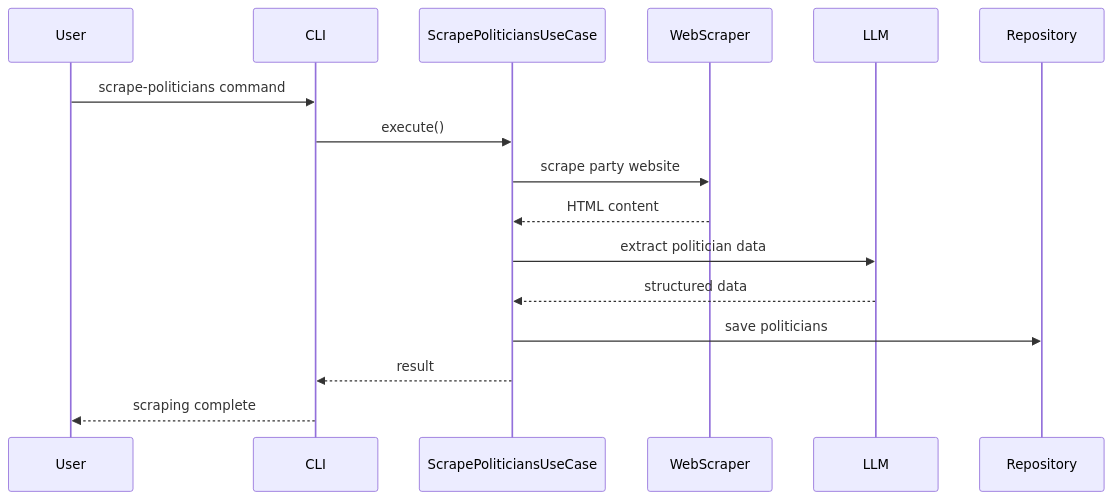
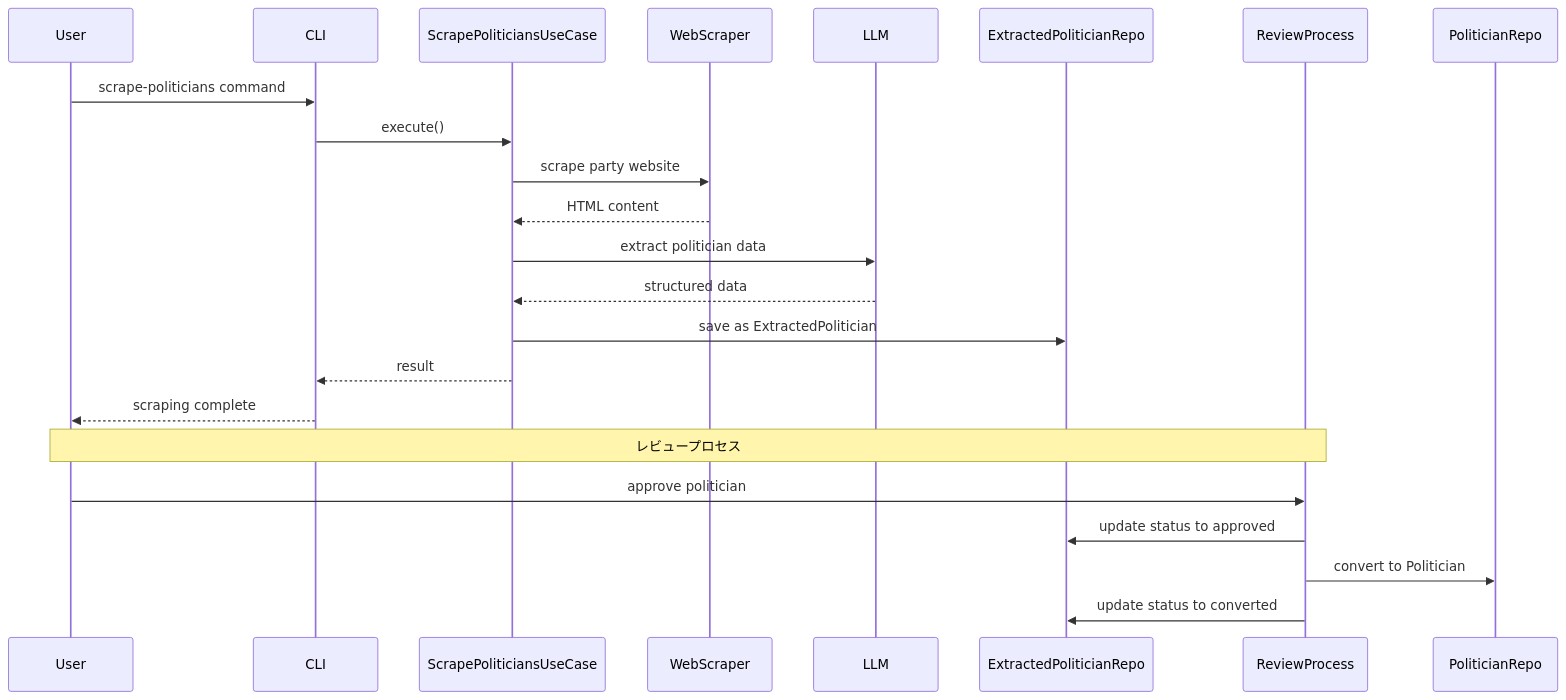
Before and after one commit to trust-chain-organization/polibase: the third of 4 diagrams in docs/ARCHITECTURE.md, drawn with Mermaid. The commit also changed other lines of this file and 13 other files, not shown here.

````diff
--- a/docs/ARCHITECTURE.md
+++ b/docs/ARCHITECTURE.md
@@ -129,19 +130,27 @@
 ```mermaid
 sequenceDiagram
     participant User
     participant CLI
     participant ScrapePoliticiansUseCase
     participant WebScraper
     participant LLM
-    participant Repository
+    participant ExtractedPoliticianRepo
+    participant ReviewProcess
+    participant PoliticianRepo
 
     User->>CLI: scrape-politicians command
     CLI->>ScrapePoliticiansUseCase: execute()
     ScrapePoliticiansUseCase->>WebScraper: scrape party website
     WebScraper-->>ScrapePoliticiansUseCase: HTML content
     ScrapePoliticiansUseCase->>LLM: extract politician data
     LLM-->>ScrapePoliticiansUseCase: structured data
-    ScrapePoliticiansUseCase->>Repository: save politicians
+    ScrapePoliticiansUseCase->>ExtractedPoliticianRepo: save as ExtractedPolitician
     ScrapePoliticiansUseCase-->>CLI: result
     CLI-->>User: scraping complete
+
+    Note over User,ReviewProcess: レビュープロセス
+    User->>ReviewProcess: approve politician
+    ReviewProcess->>ExtractedPoliticianRepo: update status to approved
+    ReviewProcess->>PoliticianRepo: convert to Politician
+    ReviewProcess->>ExtractedPoliticianRepo: update status to converted
 ```
````
